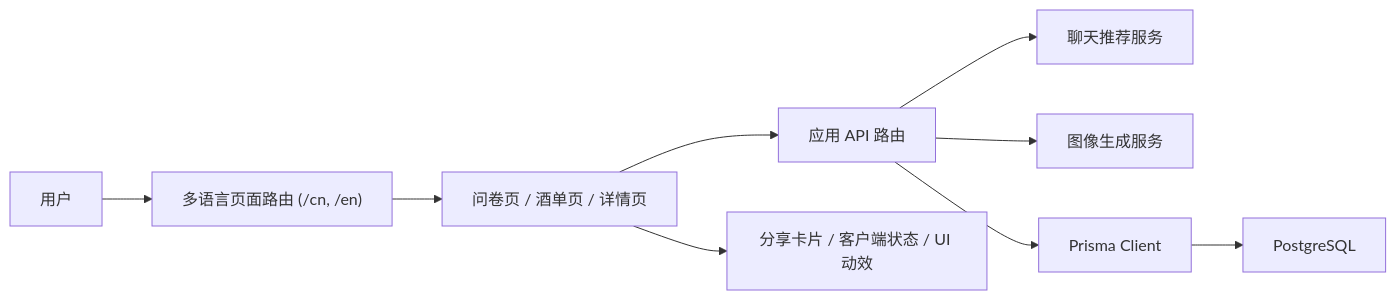
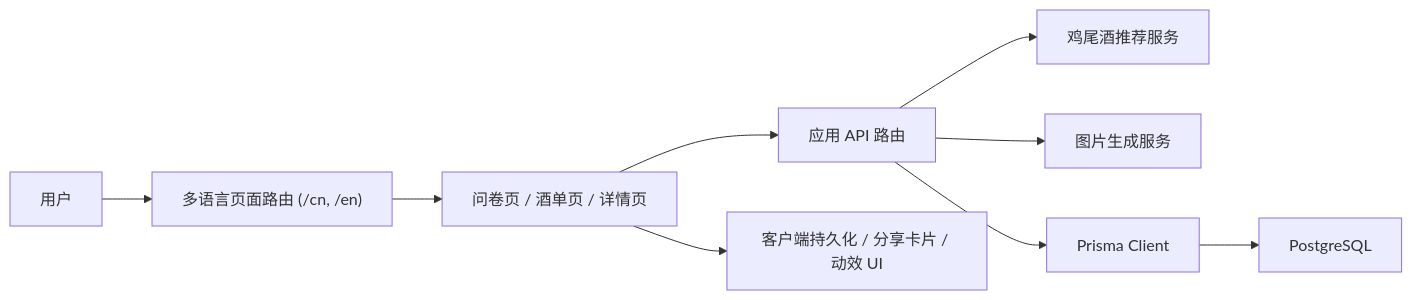
One commit to Tendo33/MoodShakerFront changed the diagram in README.zh.md. Above: the diagram before and after it, drawn with Mermaid. The commit also changed other lines of this file and 25 other files, not shown here.

````diff
--- a/README.zh.md
+++ b/README.zh.md
@@ -115,11 +85,11 @@
 ```mermaid
 flowchart LR
   A["用户"] --> B["多语言页面路由 (/cn, /en)"]
   B --> C["问卷页 / 酒单页 / 详情页"]
   C --> D["应用 API 路由"]
-  D --> E["聊天推荐服务"]
-  D --> F["图像生成服务"]
+  D --> E["鸡尾酒推荐服务"]
+  D --> F["图片生成服务"]
   D --> G["Prisma Client"]
   G --> H["PostgreSQL"]
-  C --> I["分享卡片 / 客户端状态 / UI 动效"]
+  C --> I["客户端持久化 / 分享卡片 / 动效 UI"]
 ```
````
